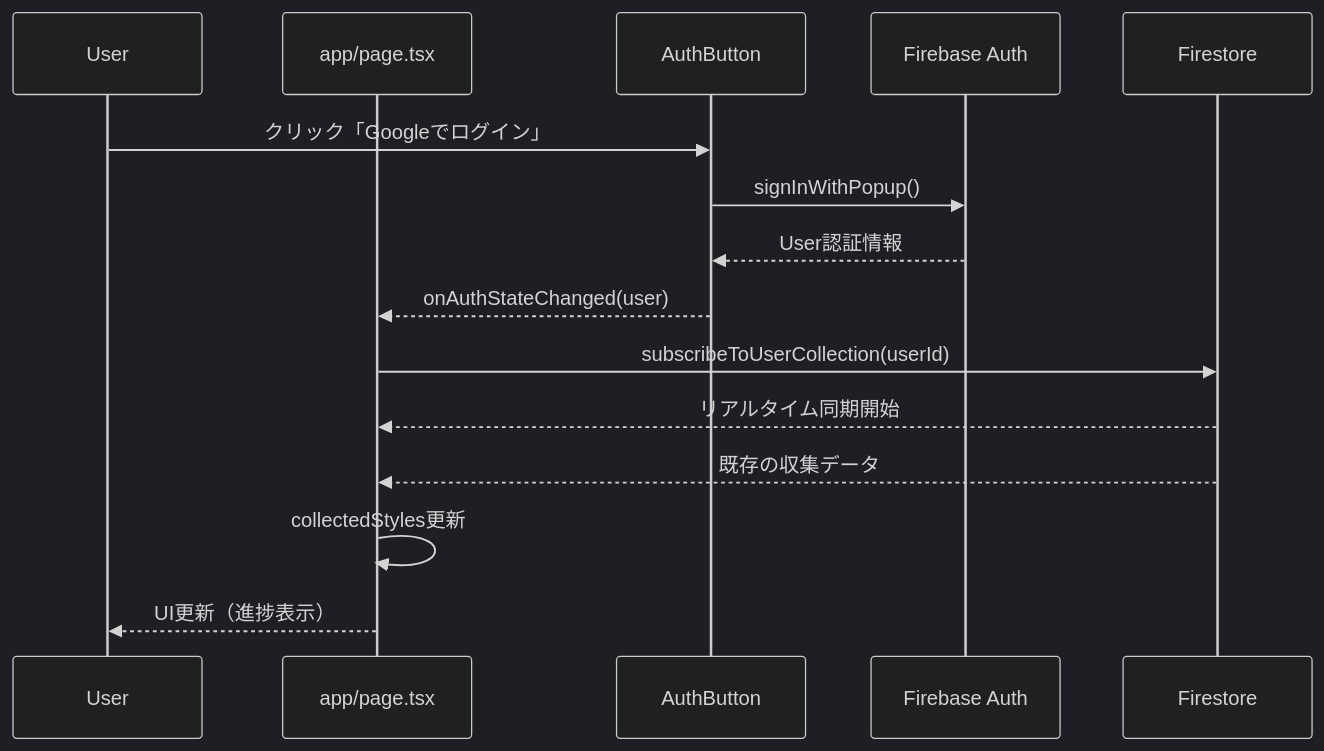
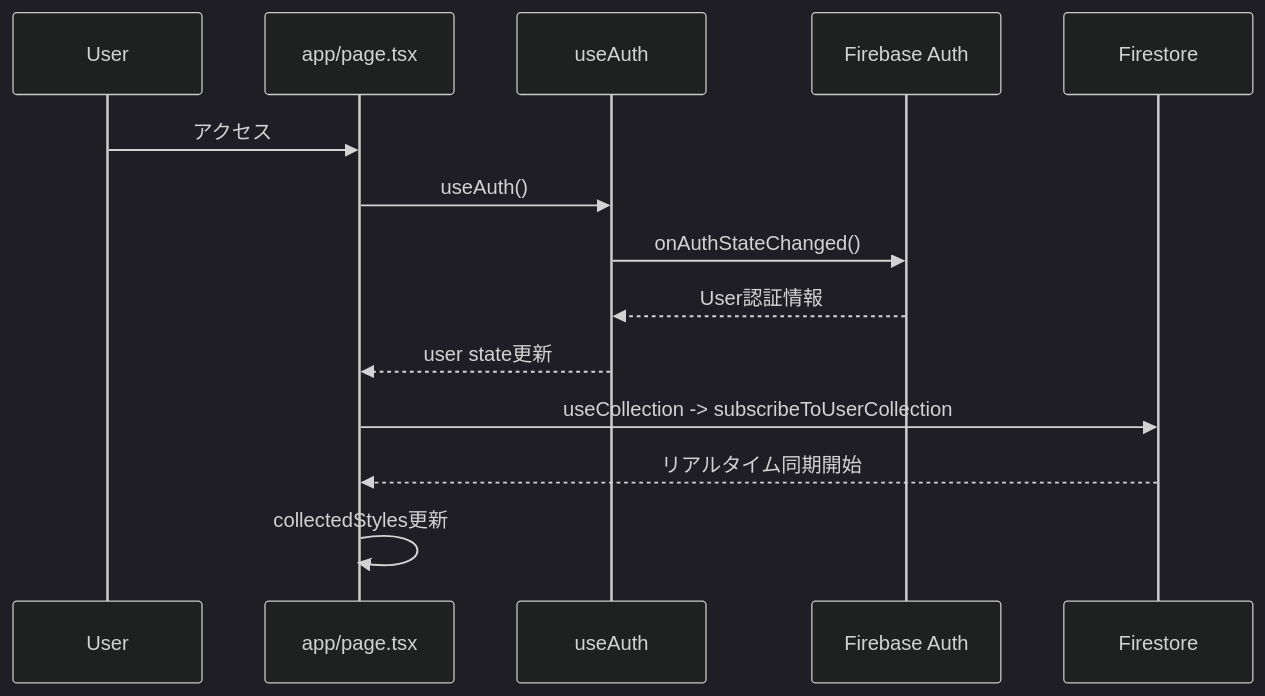
Before and after one commit to Kujo-n/pokesleepfaces: the third of 10 diagrams in docs/3_architecture.md, drawn with Mermaid (dark theme). The commit also changed other lines of this file and 2 other files, not shown here.

````diff
--- a/docs/3_architecture.md
+++ b/docs/3_architecture.md
@@ -81,18 +91,18 @@
-```mermaid
-sequenceDiagram
-    participant U as User
-    participant UI as app/page.tsx
-    participant Auth as AuthButton
-    participant FB as Firebase Auth
-    participant FS as Firestore
-    
-    U->>Auth: クリック「Googleでログイン」
-    Auth->>FB: signInWithPopup()
-    FB-->>Auth: User認証情報
-    Auth-->>UI: onAuthStateChanged(user)
-    UI->>FS: subscribeToUserCollection(userId)
-    FS-->>UI: リアルタイム同期開始
-    FS-->>UI: 既存の収集データ
-    UI->>UI: collectedStyles更新
-    UI-->>U: UI更新（進捗表示）
-```
+ ```mermaid
+ sequenceDiagram
+     participant U as User
+     participant Page as app/page.tsx
+     participant Hook as useAuth
+     participant FB as Firebase Auth
+     participant FS as Firestore
+     
+     U->>Page: アクセス
+     Page->>Hook: useAuth()
+     Hook->>FB: onAuthStateChanged()
+     FB-->>Hook: User認証情報
+     Hook-->>Page: user state更新
+     
+     Page->>FS: useCollection -> subscribeToUserCollection
+     FS-->>Page: リアルタイム同期開始
+     Page->>Page: collectedStyles更新
+ ```
````
